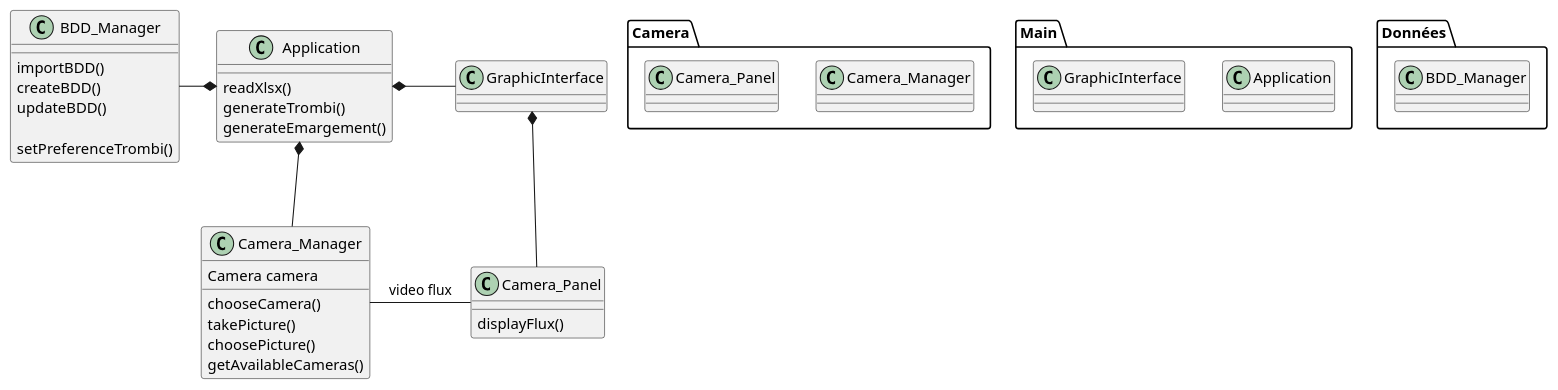
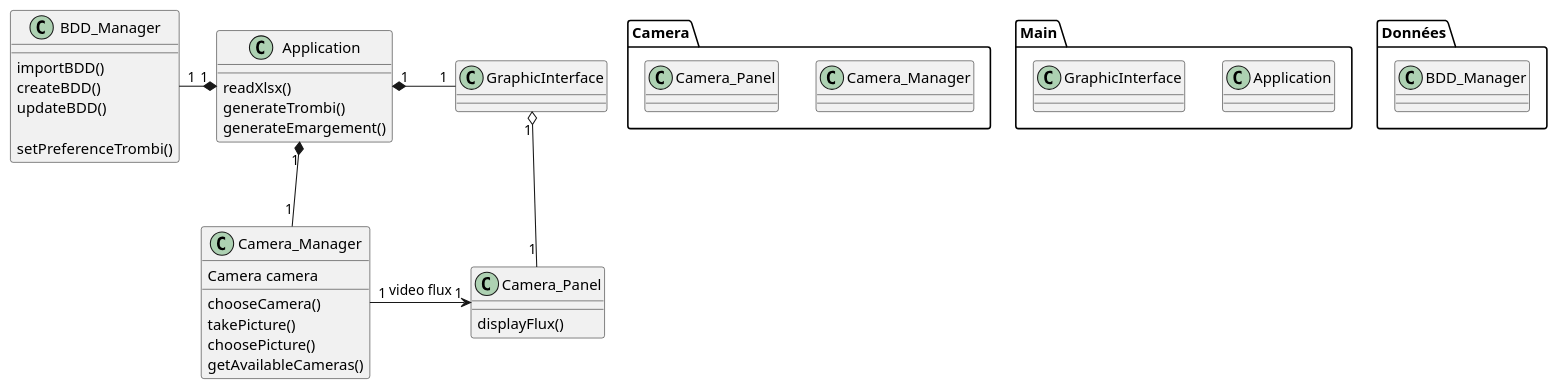
The diagram in Diagrammes/diagramme_class.wsd (pandadorable/Trombinoscope), drawn with PlantUML before and after one commit.

Commit message:
fix : diagramme de classe, meilleurs relations et ajout cardinalités

```diff
--- a/Diagrammes/diagramme_class.wsd
+++ b/Diagrammes/diagramme_class.wsd
@@ -1,56 +1,56 @@
 @startuml classDiagram
 
 Package Camera {
     class Camera_Manager
     class Camera_Panel
 }
 
 Package Main {
     class Application
     class GraphicInterface
 }
 
 Package Données {
     class BDD_Manager
 }
 
 class Application {
     readXlsx()
     generateTrombi()
     generateEmargement()
 }
 
 class GraphicInterface {
 
 }
 
 
 class BDD_Manager {
     importBDD()
     createBDD()
     updateBDD()
 
     setPreferenceTrombi()
 }
 
 class Camera_Manager {
     Camera camera
     chooseCamera()
     takePicture() 
     choosePicture() 
     getAvailableCameras()
 }
 
 class Camera_Panel {
     displayFlux()
 }
 
-Application *-right- GraphicInterface 
-Application *-left- BDD_Manager
-Application *-down- Camera_Manager
+Application "1" *-right- "1" GraphicInterface 
+Application "1" *-left- "1" BDD_Manager
+Application "1" *-down- "1" Camera_Manager
 
-GraphicInterface *-- Camera_Panel
+GraphicInterface "1" o-- "1" Camera_Panel
 
-Camera_Manager -right- Camera_Panel : video flux
+Camera_Manager "1" -right> "1" Camera_Panel : video flux
 
 @enduml
```
